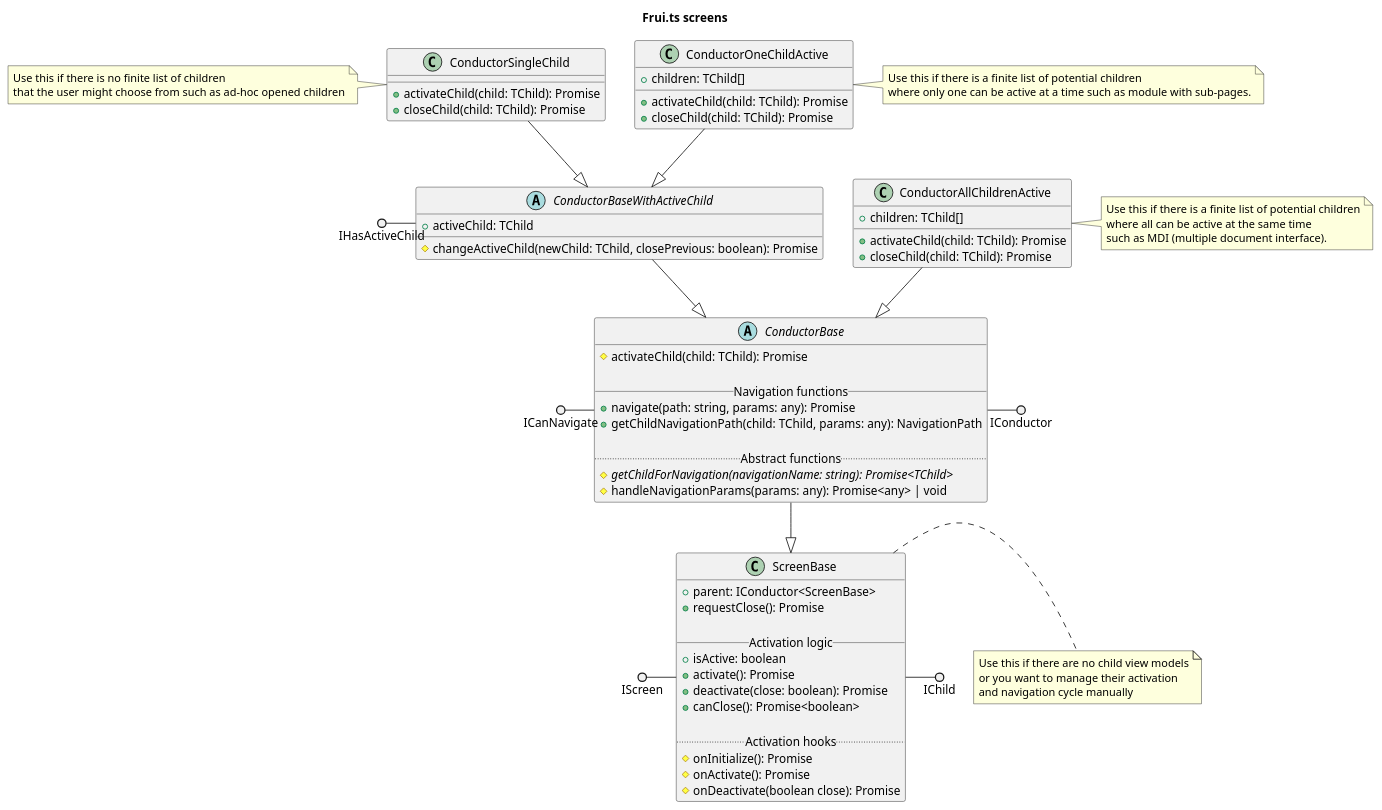
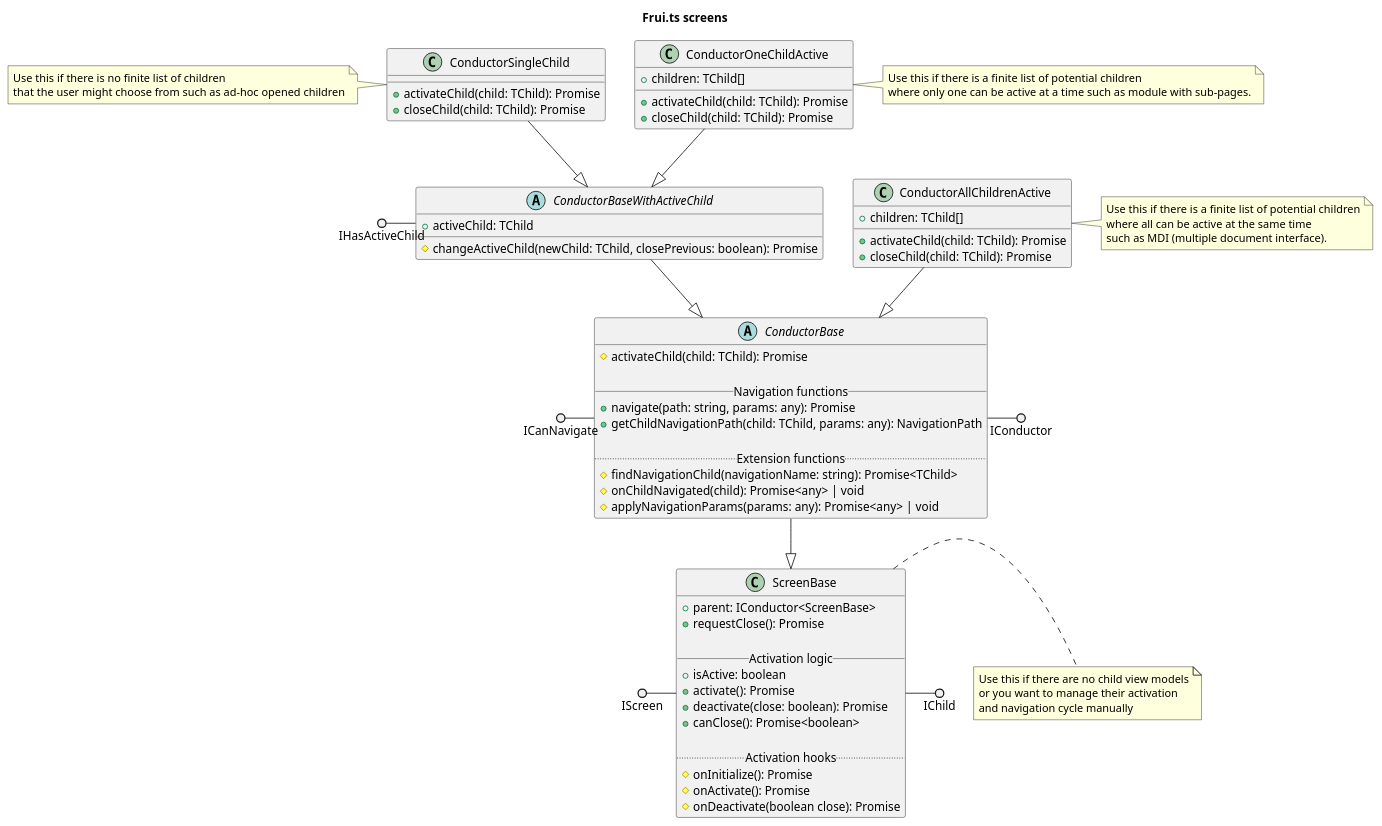
Before and after one commit to eManPrague/frui.ts: the diagram in packages/screens/classes.puml, drawn with PlantUML. The commit also changed 24 other files, not shown here.

Commit message:
Conductor navigation functions refactored

```diff
--- a/packages/screens/classes.puml
+++ b/packages/screens/classes.puml
@@ -1,92 +1,93 @@
 @startuml
 
 title Frui.ts screens
 
 class ScreenBase {
   +parent: IConductor<ScreenBase>
   +requestClose(): Promise
 
   __ Activation logic __
   +isActive: boolean
   +activate(): Promise
   +deactivate(close: boolean): Promise
   +canClose(): Promise<boolean>
 
   .. Activation hooks ..
   #onInitialize(): Promise
   #onActivate(): Promise
   #onDeactivate(boolean close): Promise
 }
 note right
   Use this if there are no child view models
   or you want to manage their activation
   and navigation cycle manually
 end note
 
 IScreen ()- ScreenBase
 ScreenBase -() IChild
 
 abstract class ConductorBase {
   #activateChild(child: TChild): Promise
 
   __ Navigation functions __
   +navigate(path: string, params: any): Promise
   +getChildNavigationPath(child: TChild, params: any): NavigationPath
 
-  .. Abstract functions ..
-  #{abstract} getChildForNavigation(navigationName: string): Promise<TChild>
-  #handleNavigationParams(params: any): Promise<any> | void
+  .. Extension functions ..
+  #findNavigationChild(navigationName: string): Promise<TChild>
+  #onChildNavigated(child): Promise<any> | void
+  #applyNavigationParams(params: any): Promise<any> | void
 }
 
 ConductorBase --|> ScreenBase
 ConductorBase -() IConductor
 ICanNavigate ()- ConductorBase
 
 abstract class ConductorBaseWithActiveChild {
   +activeChild: TChild
 
   #changeActiveChild(newChild: TChild, closePrevious: boolean): Promise
 }
 
 ConductorBaseWithActiveChild --|> ConductorBase
 IHasActiveChild ()- ConductorBaseWithActiveChild
 
 class ConductorSingleChild {
   +activateChild(child: TChild): Promise
   +closeChild(child: TChild): Promise
 }
 note left
   Use this if there is no finite list of children
   that the user might choose from such as ad-hoc opened children
 end note
 
 ConductorSingleChild --|> ConductorBaseWithActiveChild
 
 class ConductorOneChildActive {
   +children: TChild[]
 
   +activateChild(child: TChild): Promise
   +closeChild(child: TChild): Promise
 }
 note right
   Use this if there is a finite list of potential children
   where only one can be active at a time such as module with sub-pages.
 end note
 
 ConductorOneChildActive --|> ConductorBaseWithActiveChild
 
 class ConductorAllChildrenActive {
   +children: TChild[]
 
   +activateChild(child: TChild): Promise
   +closeChild(child: TChild): Promise
 }
 note right
   Use this if there is a finite list of potential children
   where all can be active at the same time
   such as MDI (multiple document interface).
 end note
 
 ConductorAllChildrenActive --|> ConductorBase
 
 @enduml
```
